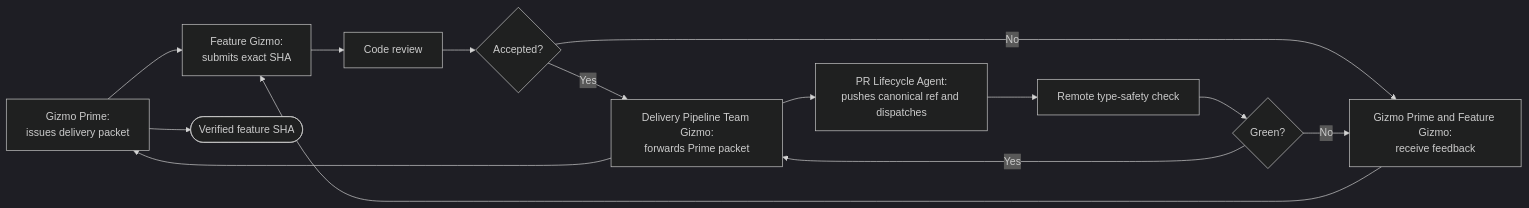
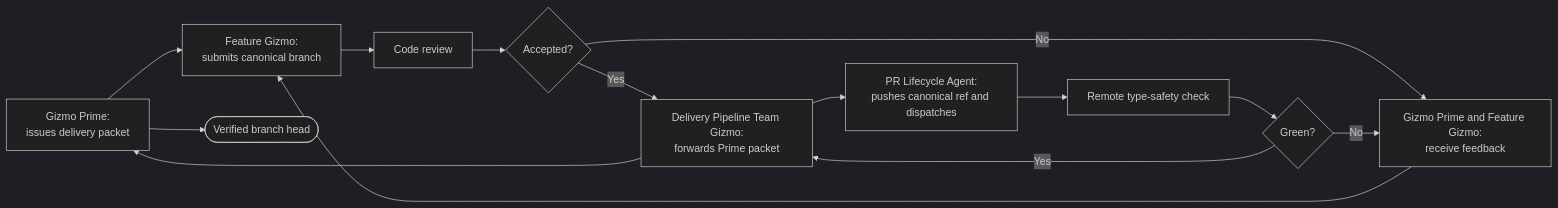
One commit to meta-secret/nook changed the sixth of 13 diagrams in .cortex/gizmo-prime/architecture/multiagent-delivery-diagrams.md. Above: the diagram before and after it, drawn with Mermaid (dark theme). The commit also changed other lines of this file and 6 other files, not shown here.

Commit message:
docs(cortex): make feature branch workflow authoritative

````diff
--- a/.cortex/gizmo-prime/architecture/multiagent-delivery-diagrams.md
+++ b/.cortex/gizmo-prime/architecture/multiagent-delivery-diagrams.md
@@ -312,19 +305,19 @@
 ```mermaid
 flowchart LR
     Prime["Gizmo Prime:<br/>issues delivery packet"]
-    Gizmo["Feature Gizmo:<br/>submits exact SHA"]
+    Gizmo["Feature Gizmo:<br/>submits canonical branch"]
     Review["Code review"]
     Accepted{"Accepted?"}
     TypeSafety["Remote type-safety check"]
     Green{"Green?"}
     Pipeline["Delivery Pipeline Team Gizmo:<br/>forwards Prime packet"]
     Steward["PR Lifecycle Agent:<br/>pushes canonical ref and dispatches"]
     Feedback["Gizmo Prime and Feature Gizmo:<br/>receive feedback"]
-    Ready([Verified feature SHA])
+    Ready([Verified branch head])
 
     Prime --> Gizmo --> Review --> Accepted
     Accepted -- No --> Feedback --> Gizmo
     Accepted -- Yes --> Pipeline --> Steward --> TypeSafety --> Green
     Green -- No --> Feedback
     Green -- Yes --> Pipeline --> Prime --> Ready
 ```
````
